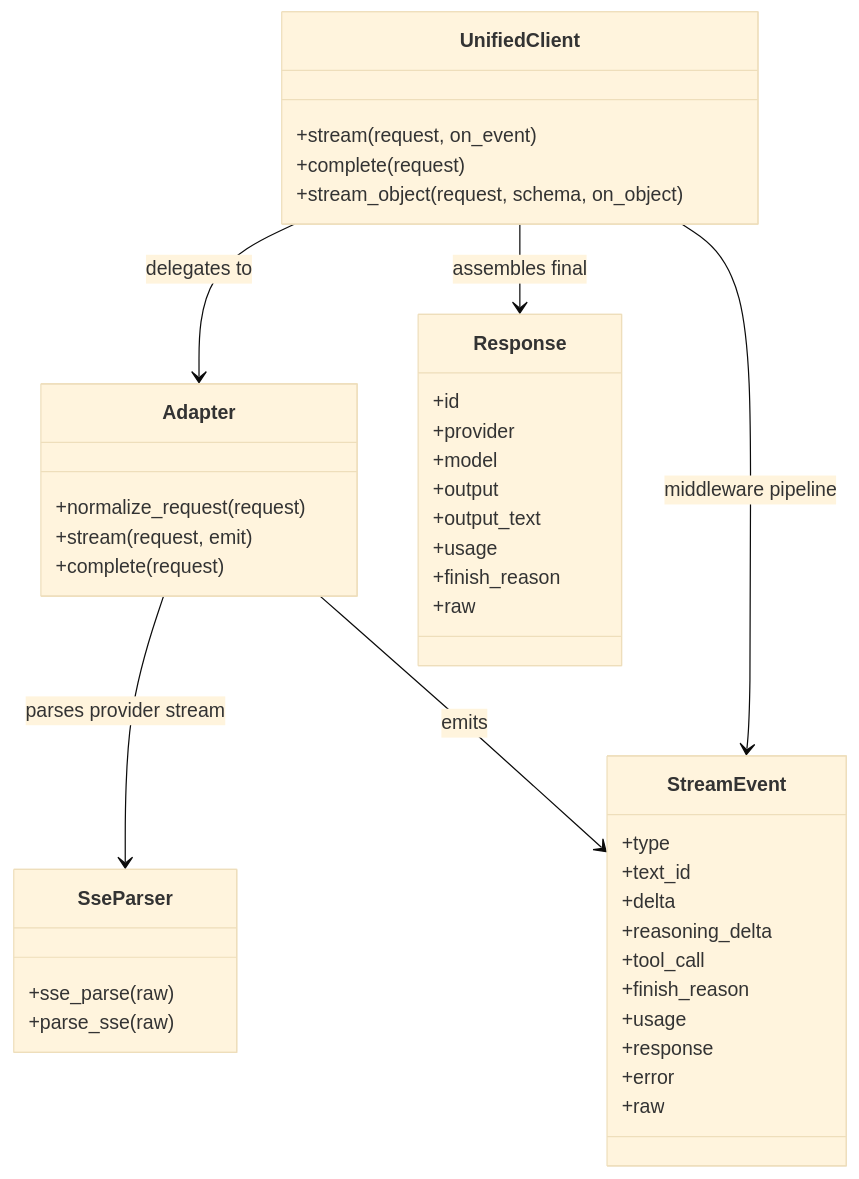
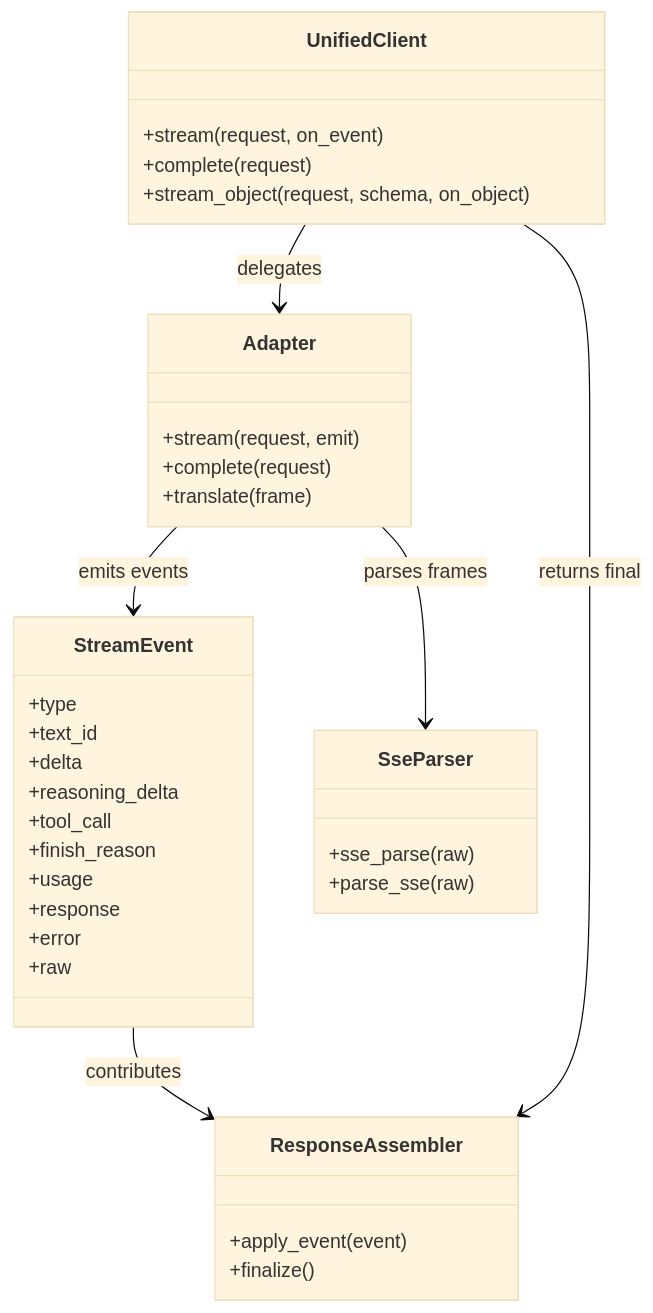
The first of 5 diagrams in docs/sprints/SPRINT-005-comprehensive-implementation-plan.md (jaytaylor/attractor-tcl), drawn with Mermaid (base theme) before and after one commit. The commit also changed other lines of this file, not shown here.

Commit message:
docs(sprint-005): mark comprehensive implementation plan complete with verified evidence

````diff
--- a/docs/sprints/SPRINT-005-comprehensive-implementation-plan.md
+++ b/docs/sprints/SPRINT-005-comprehensive-implementation-plan.md
@@ -531,44 +1594,38 @@
 ```mermaid
 classDiagram
   class UnifiedClient {
     +stream(request, on_event)
     +complete(request)
     +stream_object(request, schema, on_object)
-  }
-  class Adapter {
-    +normalize_request(request)
-    +stream(request, emit)
-    +complete(request)
   }
   class StreamEvent {
     +type
     +text_id
     +delta
     +reasoning_delta
     +tool_call
     +finish_reason
     +usage
     +response
     +error
     +raw
   }
-  class Response {
-    +id
-    +provider
-    +model
-    +output
-    +output_text
-    +usage
-    +finish_reason
-    +raw
+  class Adapter {
+    +stream(request, emit)
+    +complete(request)
+    +translate(frame)
   }
   class SseParser {
     +sse_parse(raw)
     +parse_sse(raw)
   }
-  UnifiedClient --> Adapter : delegates to
-  Adapter --> SseParser : parses provider stream
-  Adapter --> StreamEvent : emits
-  UnifiedClient --> StreamEvent : middleware pipeline
-  UnifiedClient --> Response : assembles final
+  class ResponseAssembler {
+    +apply_event(event)
+    +finalize()
+  }
+  UnifiedClient --> Adapter : delegates
+  Adapter --> SseParser : parses frames
+  Adapter --> StreamEvent : emits events
+  StreamEvent --> ResponseAssembler : contributes
+  UnifiedClient --> ResponseAssembler : returns final
 ```
````
